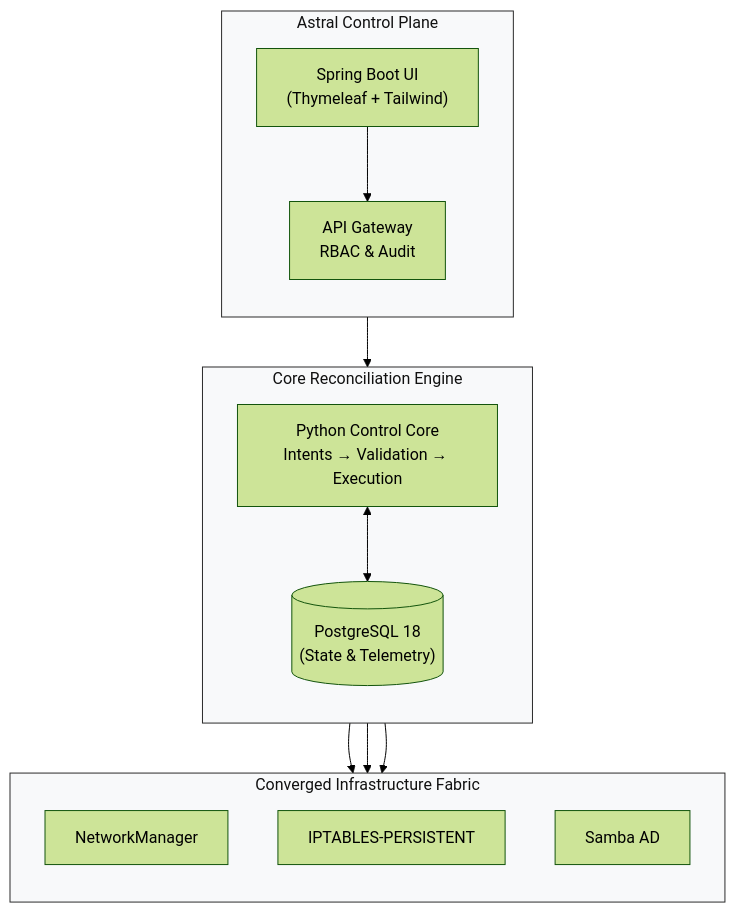
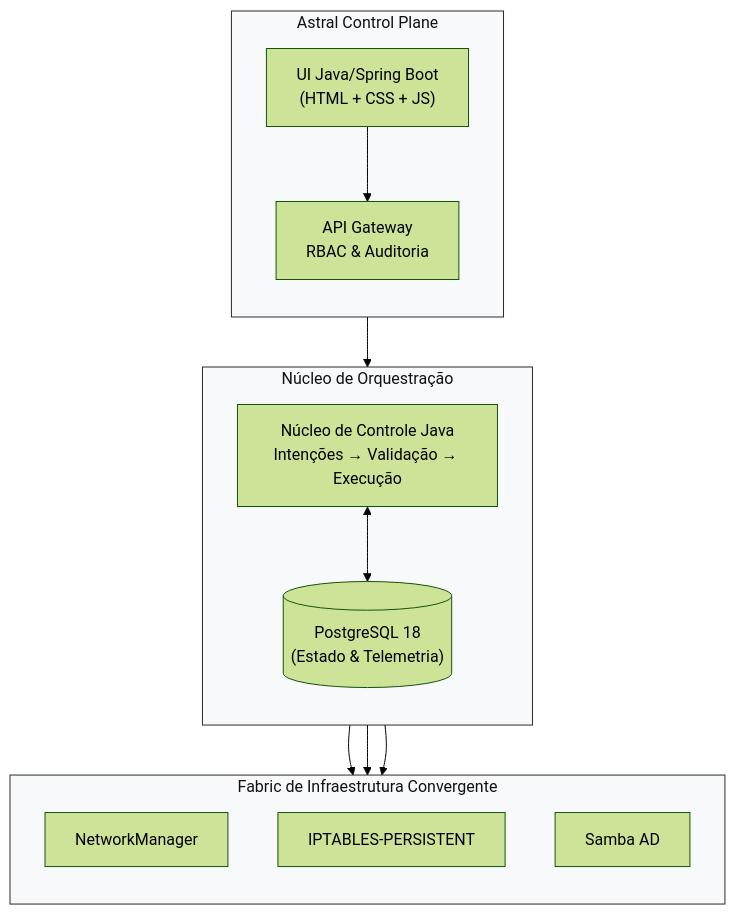
One commit to euripedesdark/astral-plataform-hci changed the fourth of 5 diagrams in projectupdates.md. Above: the diagram before and after it, drawn with Mermaid (forest theme). The commit also changed other lines of this file, not shown here.

````diff
--- a/projectupdates.md
+++ b/projectupdates.md
@@ -224,31 +227,31 @@
 ```mermaid
 flowchart TB
   subgraph CP [Astral Control Plane]
     direction TB
-    CP_UI["Spring Boot UI\n(Thymeleaf + Tailwind)"]
-    CP_API["API Gateway\nRBAC & Audit"]
+    CP_UI["UI Java/Spring Boot\n(HTML + CSS + JS)"]
+    CP_API["API Gateway\nRBAC & Auditoria"]
   end
 
-  subgraph RE [Core Reconciliation Engine]
+  subgraph RE [Núcleo de Orquestração]
     direction TB
-    RE_CORE["Python Control Core\nIntents → Validation → Execution"]
-    RE_DB[("PostgreSQL 18\n(State & Telemetry)")]
+    RE_CORE["Núcleo de Controle Java\nIntenções → Validação → Execução"]
+    RE_DB[("PostgreSQL 18\n(Estado & Telemetria)")]
   end
 
-  subgraph CF [Converged Infrastructure Fabric]
+  subgraph CF [Fabric de Infraestrutura Convergente]
     direction TB
     CF_NET["NetworkManager"]
     CF_FW["IPTABLES-PERSISTENT"]
     CF_ID["Samba AD"]
   end
 
   CP_UI --> CP_API
   CP_API --> RE_CORE
   RE_CORE <--> RE_DB
   RE_CORE --> CF_NET
   RE_CORE --> CF_FW
   RE_CORE --> CF_ID
 
   classDef box fill:#f8f9fa,stroke:#2b2b2b,stroke-width:1px,color:#111;
   class CP,RE,CF box;
 ```
````
